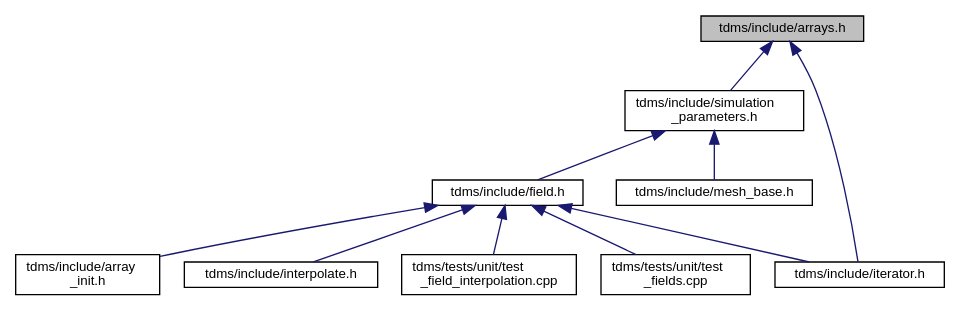
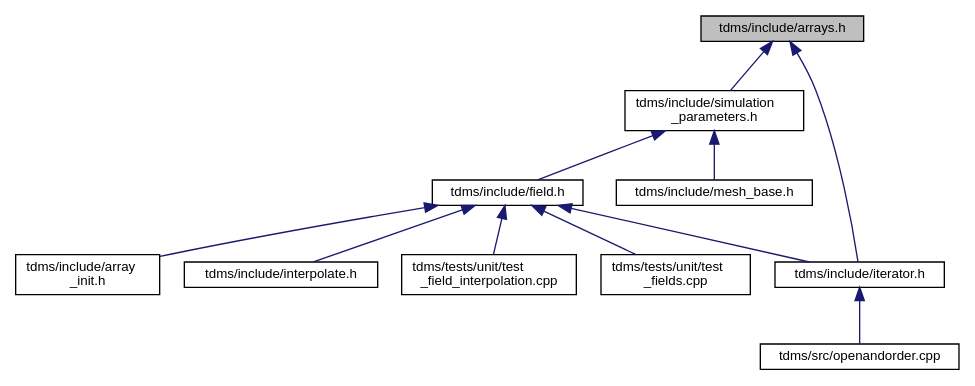
One commit to UCL/TDMS changed the diagram in arrays_8h__dep__incl.dot. Above: the diagram before and after it, drawn with Graphviz. The commit also changed 104 other files, not shown here.

```diff
--- a/arrays_8h__dep__incl.dot
+++ b/arrays_8h__dep__incl.dot
@@ -1,24 +1,26 @@
 digraph "tdms/include/arrays.h"
 {
  // LATEX_PDF_SIZE
   edge [fontname="Helvetica",fontsize="10",labelfontname="Helvetica",labelfontsize="10"];
   node [fontname="Helvetica",fontsize="10",shape=record];
   Node1 [label="tdms/include/arrays.h",height=0.2,width=0.4,color="black", fillcolor="grey75", style="filled", fontcolor="black",tooltip="Classes describing arrays, vertices etc."];
   Node1 -> Node2 [dir="back",color="midnightblue",fontsize="10",style="solid",fontname="Helvetica"];
   Node2 [label="tdms/include/simulation\l_parameters.h",height=0.2,width=0.4,color="black", fillcolor="white", style="filled",URL="$simulation__parameters_8h.html",tooltip="Classes collecting parameters for the simulation."];
   Node2 -> Node3 [dir="back",color="midnightblue",fontsize="10",style="solid",fontname="Helvetica"];
   Node3 [label="tdms/include/field.h",height=0.2,width=0.4,color="black", fillcolor="white", style="filled",URL="$field_8h.html",tooltip="Classes for the electric and magnetic (split) fields on a grid."];
   Node3 -> Node4 [dir="back",color="midnightblue",fontsize="10",style="solid",fontname="Helvetica"];
   Node4 [label="tdms/include/array\l_init.h",height=0.2,width=0.4,color="black", fillcolor="white", style="filled",URL="$array__init_8h.html",tooltip="A collection of functions for array initialisation given MATLAB pointers."];
   Node3 -> Node5 [dir="back",color="midnightblue",fontsize="10",style="solid",fontname="Helvetica"];
   Node5 [label="tdms/include/interpolate.h",height=0.2,width=0.4,color="black", fillcolor="white", style="filled",URL="$interpolate_8h.html",tooltip="Interpolation of field values within FDTD grid."];
   Node3 -> Node6 [dir="back",color="midnightblue",fontsize="10",style="solid",fontname="Helvetica"];
   Node6 [label="tdms/include/iterator.h",height=0.2,width=0.4,color="black", fillcolor="white", style="filled",URL="$iterator_8h.html",tooltip="The main time propogation algorithm."];
-  Node3 -> Node7 [dir="back",color="midnightblue",fontsize="10",style="solid",fontname="Helvetica"];
-  Node7 [label="tdms/tests/unit/test\l_field_interpolation.cpp",height=0.2,width=0.4,color="black", fillcolor="white", style="filled",URL="$test__field__interpolation_8cpp.html",tooltip="Tests interpolation of E- and H-fields and compares the errors against MATLAB benchmarks."];
+  Node6 -> Node7 [dir="back",color="midnightblue",fontsize="10",style="solid",fontname="Helvetica"];
+  Node7 [label="tdms/src/openandorder.cpp",height=0.2,width=0.4,color="black", fillcolor="white", style="filled",URL="$openandorder_8cpp.html",tooltip="Launch and file IO."];
   Node3 -> Node8 [dir="back",color="midnightblue",fontsize="10",style="solid",fontname="Helvetica"];
-  Node8 [label="tdms/tests/unit/test\l_fields.cpp",height=0.2,width=0.4,color="black", fillcolor="white", style="filled",URL="$test__fields_8cpp.html",tooltip="Test of the Field class and subclasses."];
-  Node2 -> Node9 [dir="back",color="midnightblue",fontsize="10",style="solid",fontname="Helvetica"];
-  Node9 [label="tdms/include/mesh_base.h",height=0.2,width=0.4,color="black", fillcolor="white", style="filled",URL="$mesh__base_8h.html",tooltip="Generation of orientated mesh."];
+  Node8 [label="tdms/tests/unit/test\l_field_interpolation.cpp",height=0.2,width=0.4,color="black", fillcolor="white", style="filled",URL="$test__field__interpolation_8cpp.html",tooltip="Tests interpolation of E- and H-fields and compares the errors against MATLAB benchmarks."];
+  Node3 -> Node9 [dir="back",color="midnightblue",fontsize="10",style="solid",fontname="Helvetica"];
+  Node9 [label="tdms/tests/unit/test\l_fields.cpp",height=0.2,width=0.4,color="black", fillcolor="white", style="filled",URL="$test__fields_8cpp.html",tooltip="Test of the Field class and subclasses."];
+  Node2 -> Node10 [dir="back",color="midnightblue",fontsize="10",style="solid",fontname="Helvetica"];
+  Node10 [label="tdms/include/mesh_base.h",height=0.2,width=0.4,color="black", fillcolor="white", style="filled",URL="$mesh__base_8h.html",tooltip="Generation of orientated mesh."];
   Node1 -> Node6 [dir="back",color="midnightblue",fontsize="10",style="solid",fontname="Helvetica"];
 }
```
